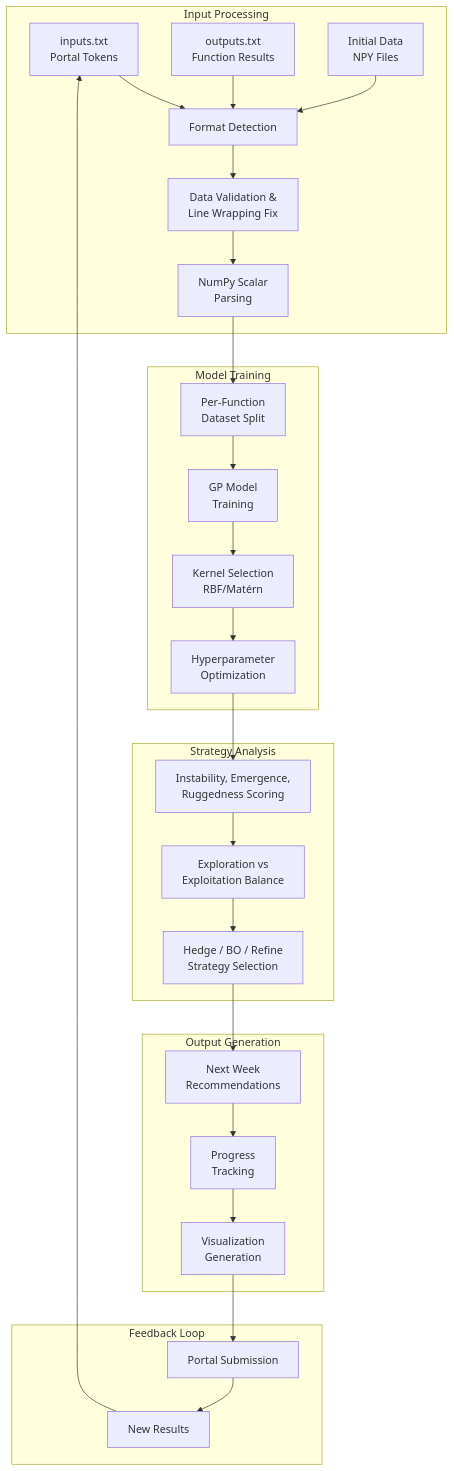
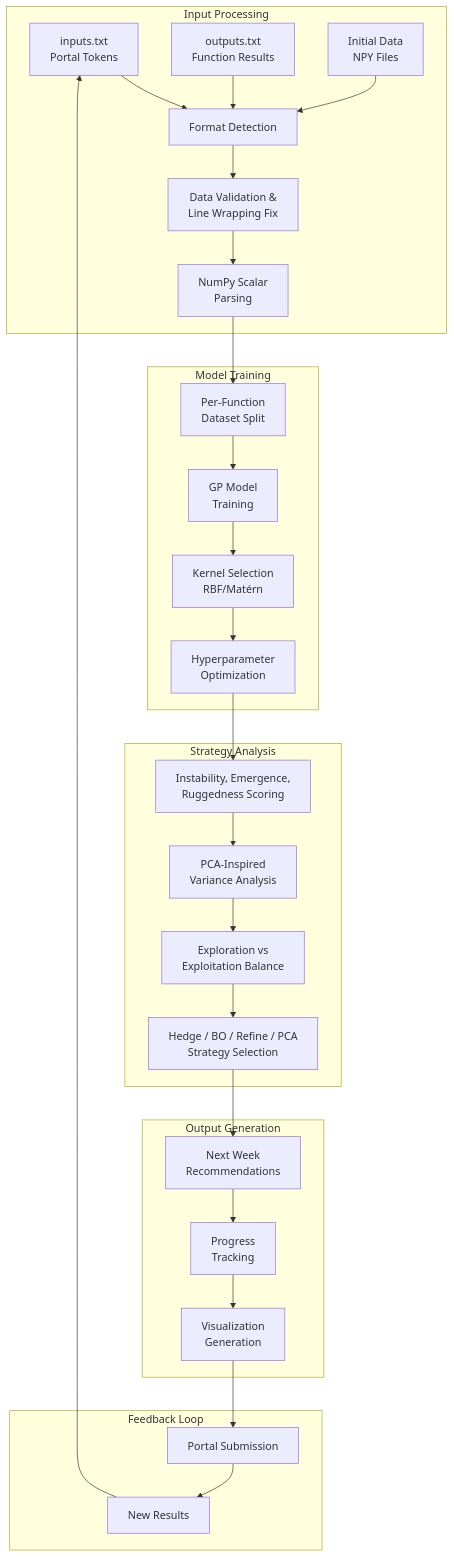
The second of 5 diagrams in docs/architecture.md (prasangasam/ml-ai-capstone-project), drawn with Mermaid before and after one commit. The commit also changed other lines of this file and 3 other files, not shown here.

````diff
--- a/docs/architecture.md
+++ b/docs/architecture.md
@@ -43,35 +43,36 @@
 ```mermaid
 flowchart TD
     subgraph "Input Processing"
         A[inputs.txt<br/>Portal Tokens] --> B[Format Detection]
         C[outputs.txt<br/>Function Results] --> B
         D[Initial Data<br/>NPY Files] --> B
         B --> E[Data Validation &<br/>Line Wrapping Fix]
         E --> E2[NumPy Scalar<br/>Parsing]
     end
 
     subgraph "Model Training"
         E2 --> F[Per-Function<br/>Dataset Split]
         F --> G[GP Model<br/>Training]
         G --> H[Kernel Selection<br/>RBF/Matérn]
         H --> I[Hyperparameter<br/>Optimization]
     end
 
     subgraph "Strategy Analysis"
         I --> J[Instability, Emergence,<br/>Ruggedness Scoring]
-        J --> K[Exploration vs<br/>Exploitation Balance]
-        K --> L[Hedge / BO / Refine<br/>Strategy Selection]
+        J --> J2[PCA-Inspired<br/>Variance Analysis]
+        J2 --> K[Exploration vs<br/>Exploitation Balance]
+        K --> L[Hedge / BO / Refine / PCA<br/>Strategy Selection]
     end
 
     subgraph "Output Generation"
         L --> M[Next Week<br/>Recommendations]
         M --> N[Progress<br/>Tracking]
         N --> O[Visualization<br/>Generation]
     end
 
     subgraph "Feedback Loop"
         O --> P[Portal Submission]
         P --> Q[New Results]
         Q --> A
     end
 ```
````
